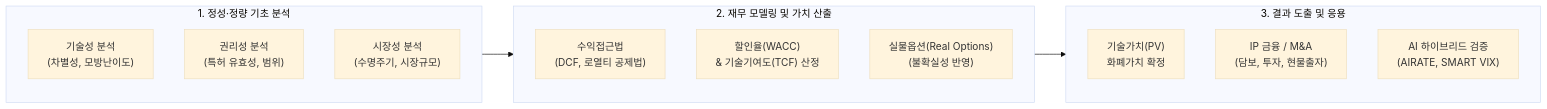
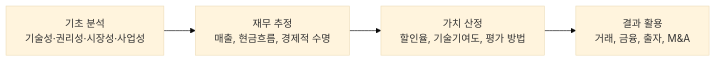
One commit to supremethumb/supremethumb.github.io changed the diagram in content/01_IT Tech/기술 가치 평가.md. Above: the diagram before and after it, drawn with Mermaid (base theme). The commit also changed other lines of this file and 1087 other files, not shown here.

````diff
--- a/content/01_IT Tech/기술 가치 평가.md
+++ b/content/01_IT Tech/기술 가치 평가.md
@@ -23,24 +34,6 @@
 ```mermaid
 flowchart LR
-    subgraph Analysis["1. 정성·정량 기초 분석"]
-        A1["기술성 분석<br/>(차별성, 모방난이도)"]
-        A2["권리성 분석<br/>(특허 유효성, 범위)"]
-        A3["시장성 분석<br/>(수명주기, 시장규모)"]
-    end
-
-    subgraph Modeling["2. 재무 모델링 및 가치 산출"]
-        B1["수익접근법<br/>(DCF, 로열티 공제법)"]
-        B2["할인율(WACC)<br/>& 기술기여도(TCF) 산정"]
-        B3["실물옵션(Real Options)<br/>(불확실성 반영)"]
-    end
-
-    subgraph Valuation["3. 결과 도출 및 응용"]
-        C1["기술가치(PV)<br/>화폐가치 확정"]
-        C2["IP 금융 / M&A<br/>(담보, 투자, 현물출자)"]
-        C3["AI 하이브리드 검증<br/>(AIRATE, SMART VIX)"]
-    end
-
-    Analysis --> Modeling
-    Modeling --> Valuation
-
+    A["기초 분석<br/>기술성·권리성·시장성·사업성"] --> B["재무 추정<br/>매출, 현금흐름, 경제적 수명"]
+    B --> C["가치 산정<br/>할인율, 기술기여도, 평가 방법"]
+    C --> D["결과 활용<br/>거래, 금융, 출자, M&A"]
 ```
````
